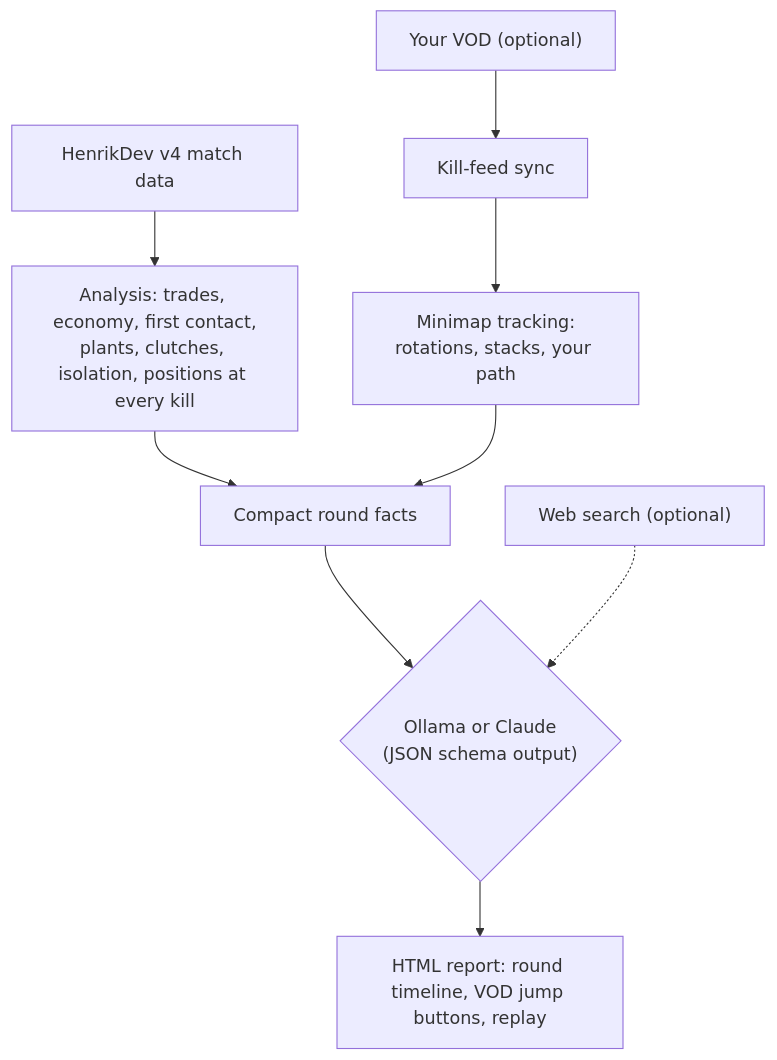
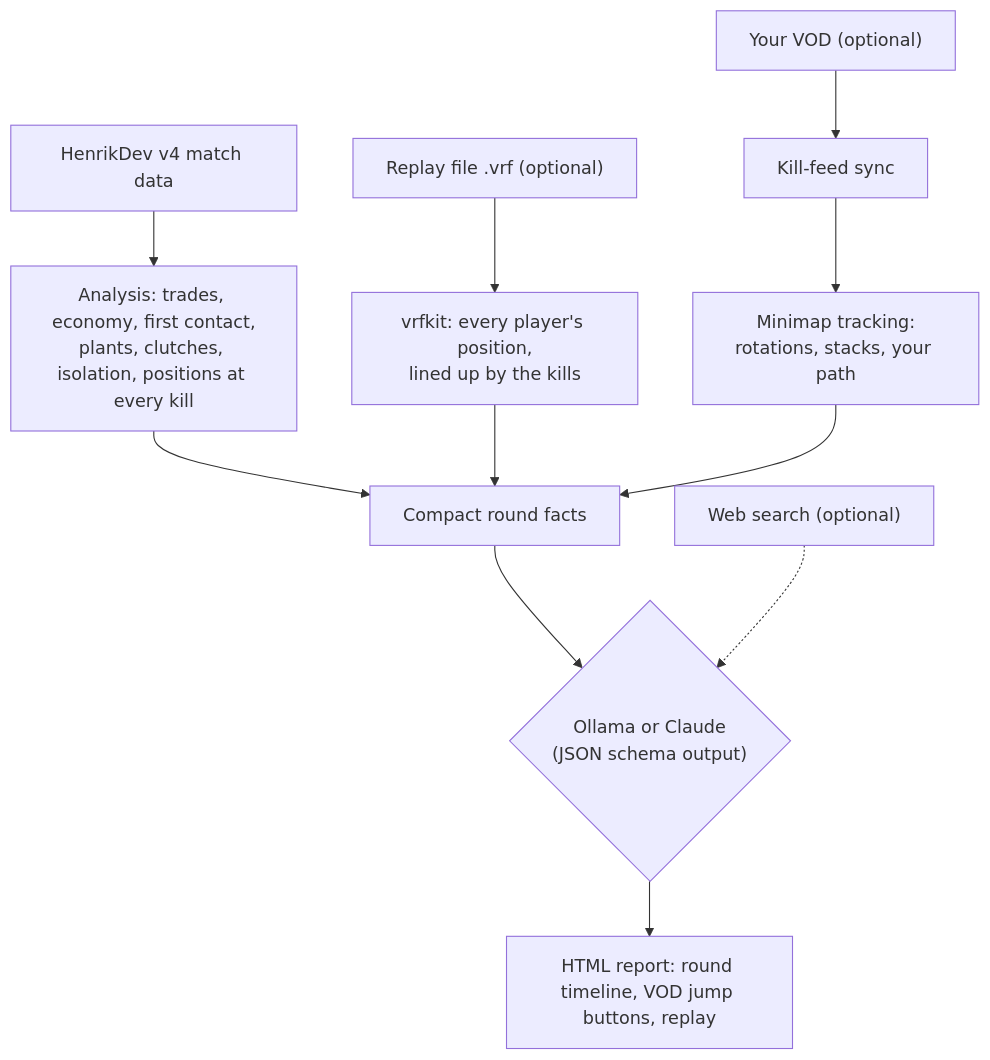
One commit to ManuelSqp/valcoach changed the diagram in README.md. Above: the diagram before and after it, drawn with Mermaid. The commit also changed other lines of this file and 40 other files, not shown here.

````diff
--- a/README.md
+++ b/README.md
@@ -9,10 +9,12 @@
 ```mermaid
 flowchart TD
   A["HenrikDev v4 match data"] --> B["Analysis: trades, economy, first contact,<br/>plants, clutches, isolation, positions at every kill"]
+  RF["Replay file .vrf (optional)"] --> K["vrfkit: every player's position,<br/>lined up by the kills"]
   V["Your VOD (optional)"] --> S["Kill-feed sync"] --> M["Minimap tracking:<br/>rotations, stacks, your path"]
   B --> F["Compact round facts"]
+  K --> F
   M --> F
   F --> L{"Ollama or Claude<br/>(JSON schema output)"}
   W["Web search (optional)"] -.-> L
   L --> R["HTML report: round timeline, VOD jump buttons, replay"]
 ```
````
